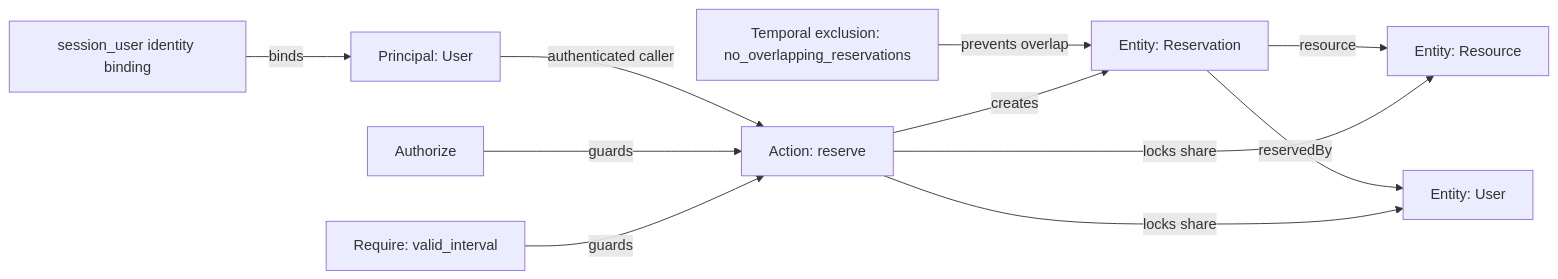
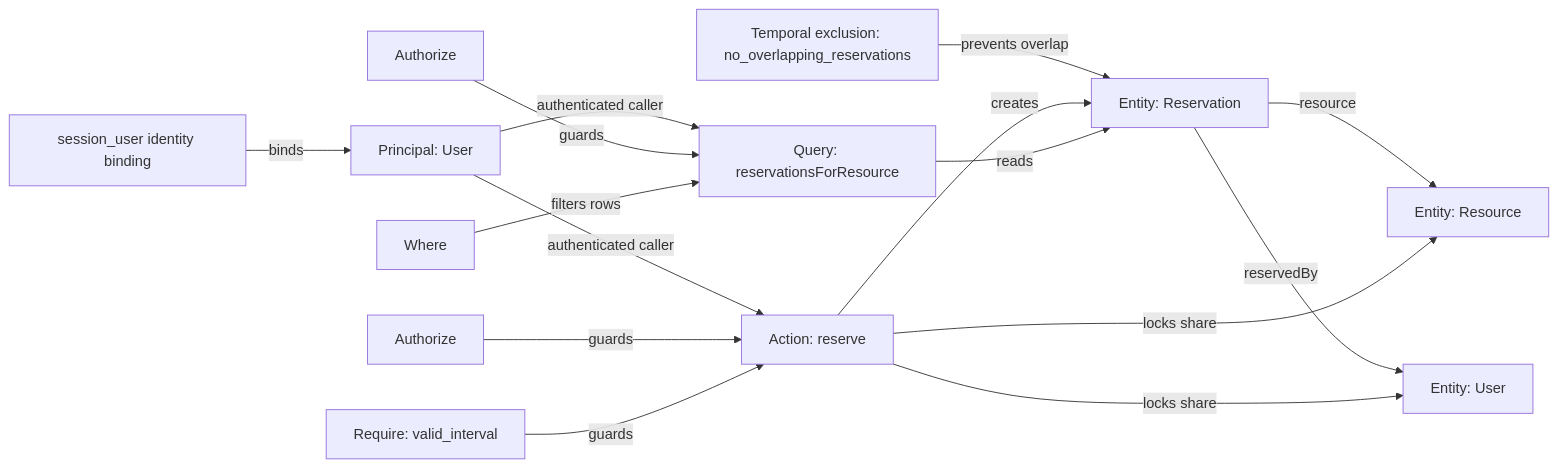
The diagram in generated/reservations/model.mmd (atlanticplatformgroup/ModelLang), drawn with Mermaid before and after one commit. The commit also changed 45 other files, not shown here.

```diff
--- a/generated/reservations/model.mmd
+++ b/generated/reservations/model.mmd
@@ -1,17 +1,22 @@
 flowchart LR
   identity["session_user identity binding"]
   principal["Principal: User"]
   identity -->|binds| principal
   entity_User["Entity: User"]
   entity_Resource["Entity: Resource"]
   entity_Reservation["Entity: Reservation"]
   entity_Reservation -->|resource| entity_Resource
   entity_Reservation -->|reservedBy| entity_User
   exclusion_Reservation_no_overlapping_reservations["Temporal exclusion: no_overlapping_reservations"] -->|prevents overlap| entity_Reservation
   action_reserve["Action: reserve"]
   principal -->|authenticated caller| action_reserve
   action_reserve -->|creates| entity_Reservation
   authorize_reserve["Authorize"] -->|guards| action_reserve
   require_reserve_valid_interval["Require: valid_interval"] -->|guards| action_reserve
   action_reserve -->|locks share| entity_Resource
   action_reserve -->|locks share| entity_User
+  query_reservationsForResource["Query: reservationsForResource"]
+  principal -->|authenticated caller| query_reservationsForResource
+  query_reservationsForResource -->|reads| entity_Reservation
+  authorize_reservationsForResource["Authorize"] -->|guards| query_reservationsForResource
+  where_reservationsForResource["Where"] -->|filters rows| query_reservationsForResource
```
